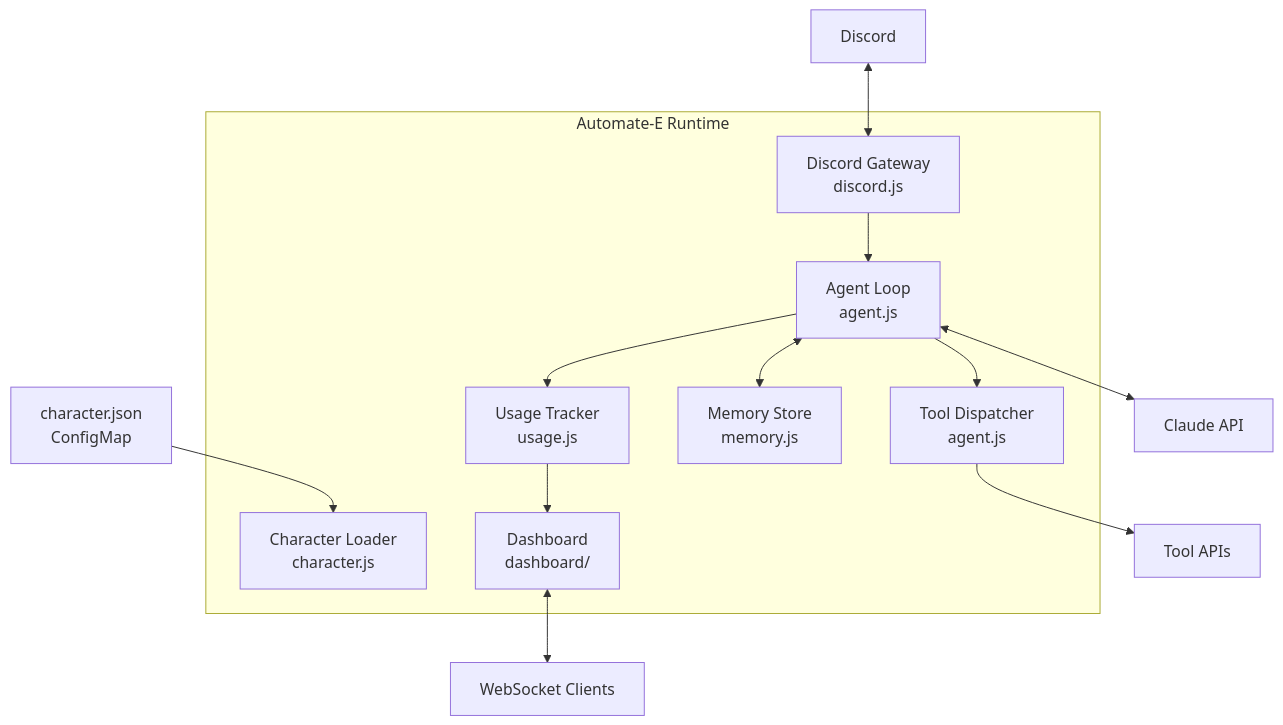
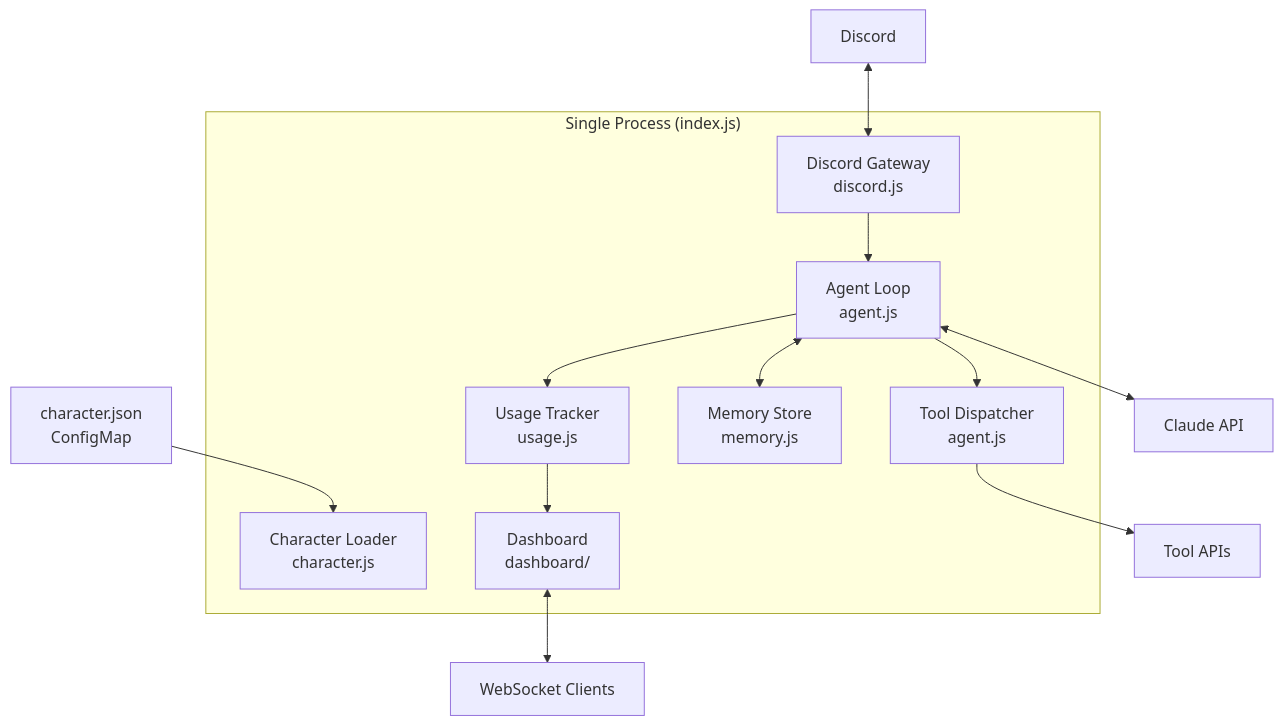
Before and after one commit to Stig-Johnny/automate-e: the first of 4 diagrams in docs/architecture.md, drawn with Mermaid. The commit also changed other lines of this file and 3 other files, not shown here.

````diff
--- a/docs/architecture.md
+++ b/docs/architecture.md
@@ -11,23 +15,23 @@
 ```mermaid
 graph TB
-    subgraph "Automate-E Runtime"
+    subgraph "Single Process (index.js)"
         CL[Character Loader<br/>character.js]
         DG[Discord Gateway<br/>discord.js]
         AL[Agent Loop<br/>agent.js]
         TD[Tool Dispatcher<br/>agent.js]
         MS[Memory Store<br/>memory.js]
         UT[Usage Tracker<br/>usage.js]
         DB[Dashboard<br/>dashboard/]
     end
 
     CF[character.json<br/>ConfigMap] --> CL
     DC[Discord] <--> DG
     DG --> AL
     AL --> TD
     AL <--> MS
     AL --> UT
     TD --> API[Tool APIs]
     AL <--> Claude[Claude API]
     DB <--> WS[WebSocket Clients]
     UT --> DB
 ```
````
